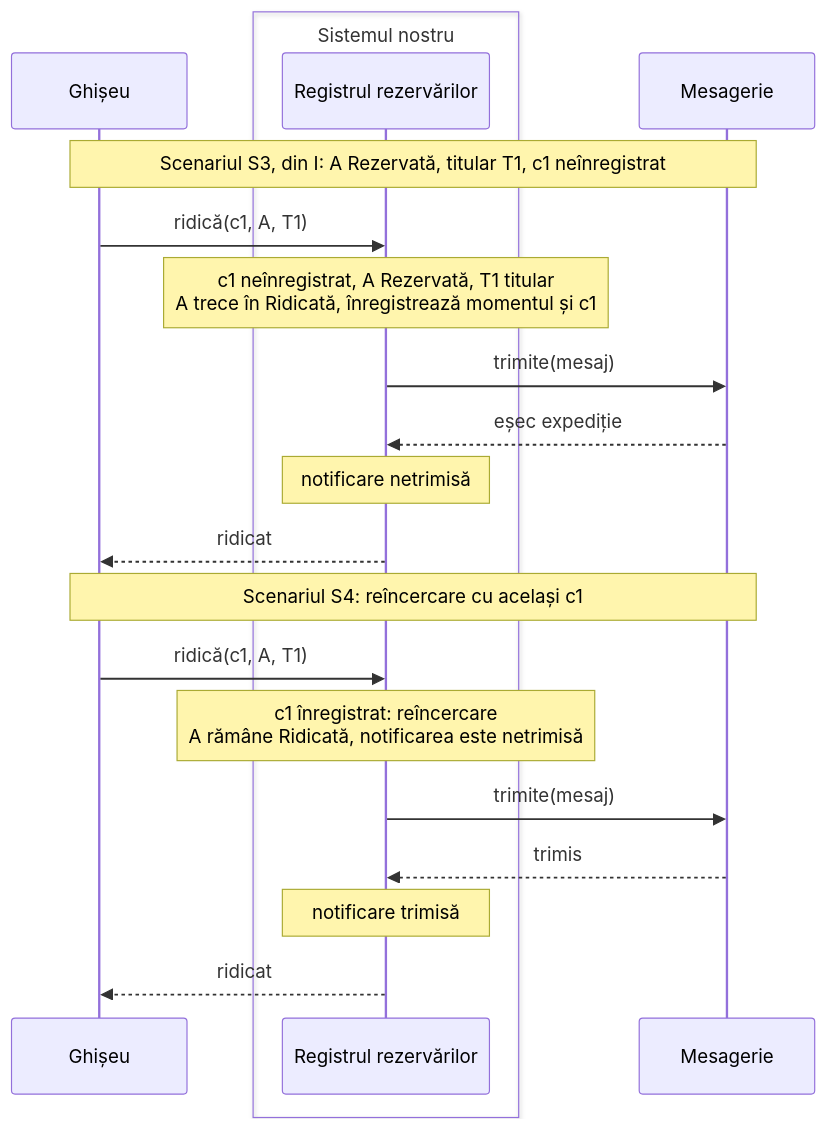
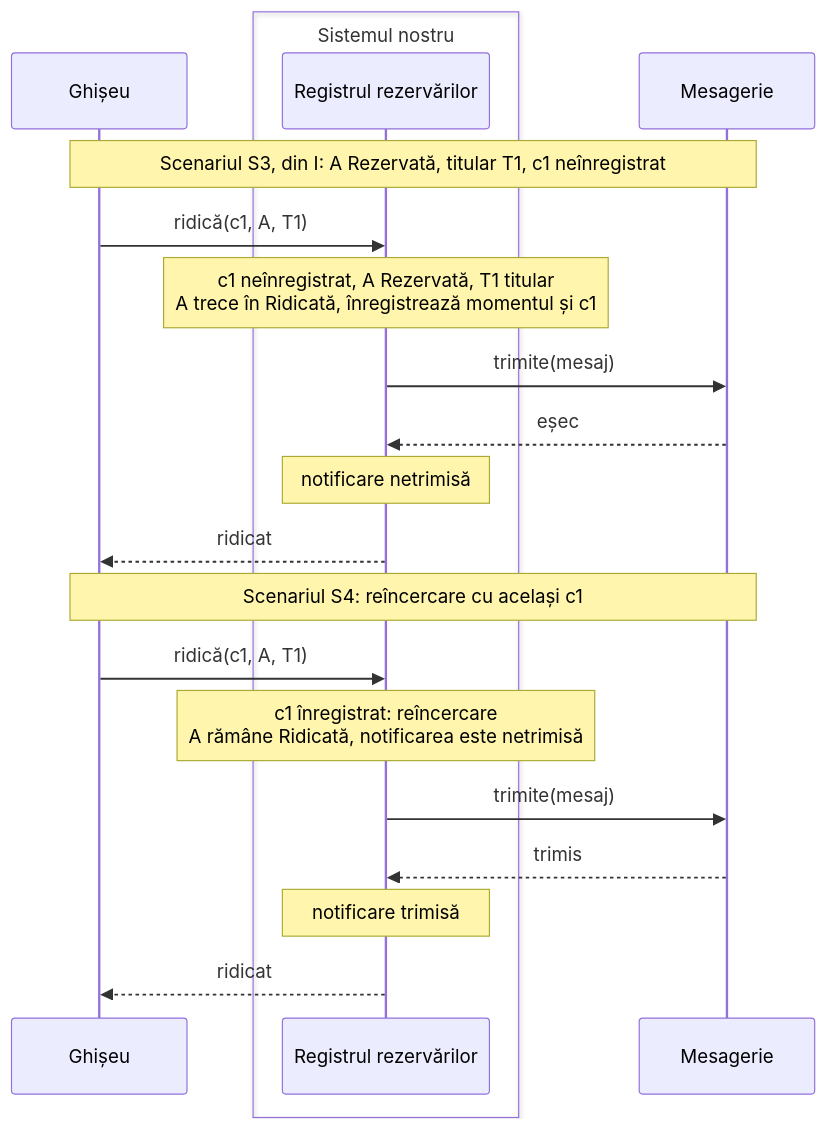
Before and after one commit to traiansf/traiansf.github.io: the second of 2 diagrams in class/amss-2026/lab/scenarios/04-comportament/reference.md, drawn with Mermaid. The commit also changed other lines of this file and 101 other files, not shown here.

````diff
--- a/class/amss-2026/lab/scenarios/04-comportament/reference.md
+++ b/class/amss-2026/lab/scenarios/04-comportament/reference.md
@@ -61,22 +61,22 @@
 ```mermaid
 sequenceDiagram
     participant G as Ghișeu
     box Sistemul nostru
     participant R as Registrul rezervărilor
     end
     participant E as Mesagerie
     Note over G,E: Scenariul S3, din I: A Rezervată, titular T1, c1 neînregistrat
     G->>R: ridică(c1, A, T1)
     Note over R: c1 neînregistrat, A Rezervată, T1 titular<br/>A trece în Ridicată, înregistrează momentul și c1
     R->>E: trimite(mesaj)
-    E-->>R: eșec expediție
+    E-->>R: eșec
     Note over R: notificare netrimisă
     R-->>G: ridicat
     Note over G,E: Scenariul S4: reîncercare cu același c1
     G->>R: ridică(c1, A, T1)
     Note over R: c1 înregistrat: reîncercare<br/>A rămâne Ridicată, notificarea este netrimisă
     R->>E: trimite(mesaj)
     E-->>R: trimis
     Note over R: notificare trimisă
     R-->>G: ridicat
 ```
````
